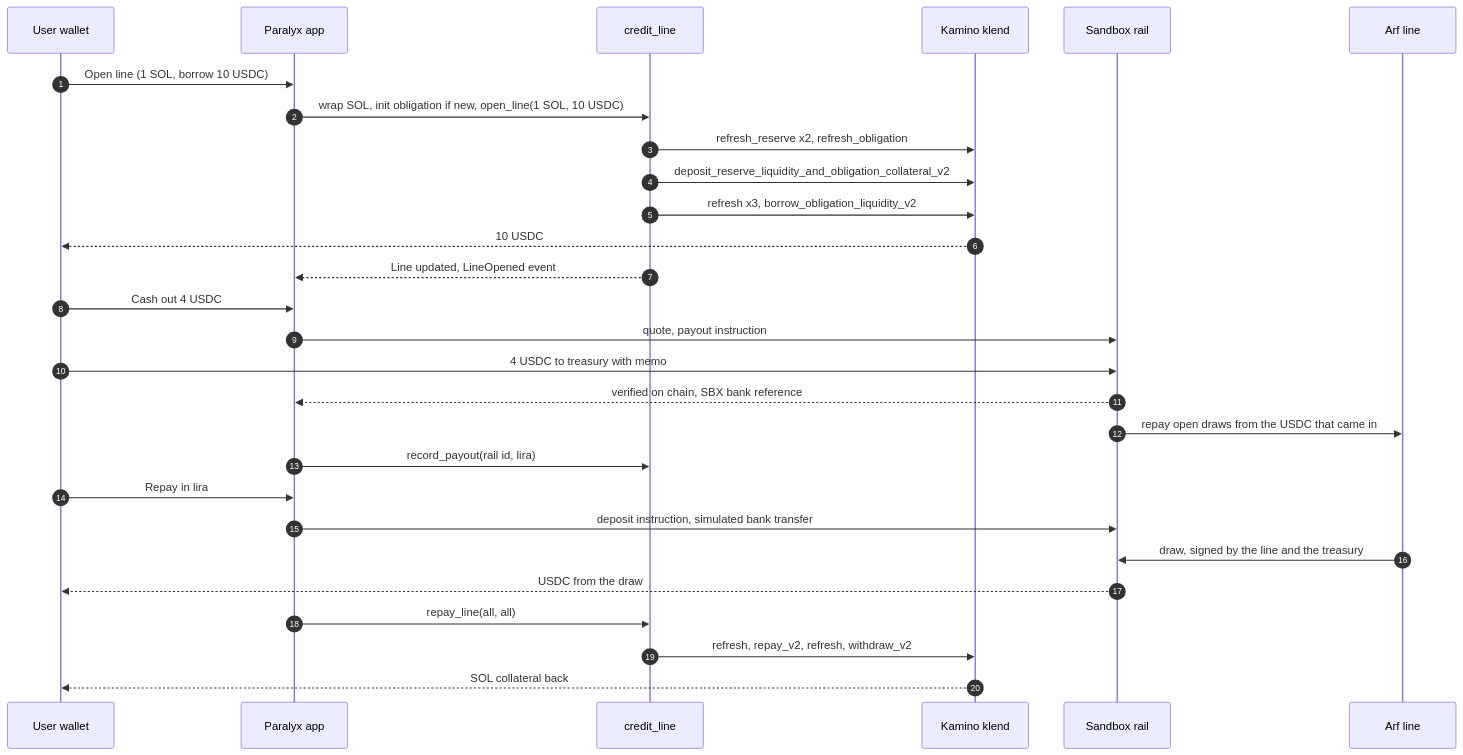
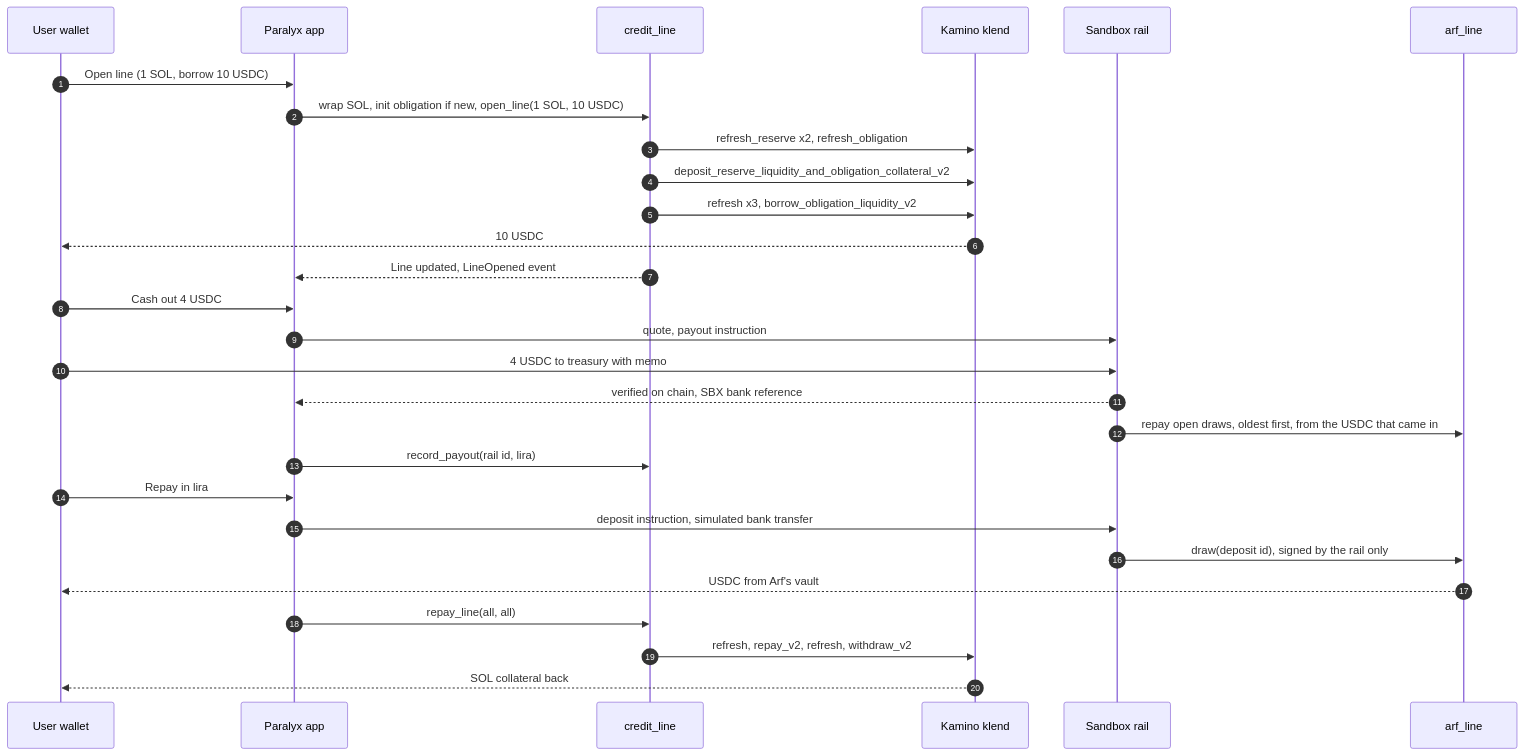
The second of 2 diagrams in README.md (dr-wilson-empty/paralyx-arf), drawn with Mermaid before and after one commit. The commit also changed other lines of this file, not shown here.

First line of the commit message:
docs: the arf_line program in the README, with its devnet run

````diff
--- a/README.md
+++ b/README.md
@@ -128,30 +132,30 @@
 ```mermaid
 sequenceDiagram
   autonumber
   participant U as User wallet
   participant A as Paralyx app
   participant P as credit_line
   participant K as Kamino klend
   participant R as Sandbox rail
-  participant F as Arf line
+  participant F as arf_line
   U->>A: Open line (1 SOL, borrow 10 USDC)
   A->>P: wrap SOL, init obligation if new, open_line(1 SOL, 10 USDC)
   P->>K: refresh_reserve x2, refresh_obligation
   P->>K: deposit_reserve_liquidity_and_obligation_collateral_v2
   P->>K: refresh x3, borrow_obligation_liquidity_v2
   K-->>U: 10 USDC
   P-->>A: Line updated, LineOpened event
   U->>A: Cash out 4 USDC
   A->>R: quote, payout instruction
   U->>R: 4 USDC to treasury with memo
   R-->>A: verified on chain, SBX bank reference
-  R->>F: repay open draws from the USDC that came in
+  R->>F: repay open draws, oldest first, from the USDC that came in
   A->>P: record_payout(rail id, lira)
   U->>A: Repay in lira
   A->>R: deposit instruction, simulated bank transfer
-  F->>R: draw, signed by the line and the treasury
-  R-->>U: USDC from the draw
+  R->>F: draw(deposit id), signed by the rail only
+  F-->>U: USDC from Arf's vault
   A->>P: repay_line(all, all)
   P->>K: refresh, repay_v2, refresh, withdraw_v2
   K-->>U: SOL collateral back
 ```
````
